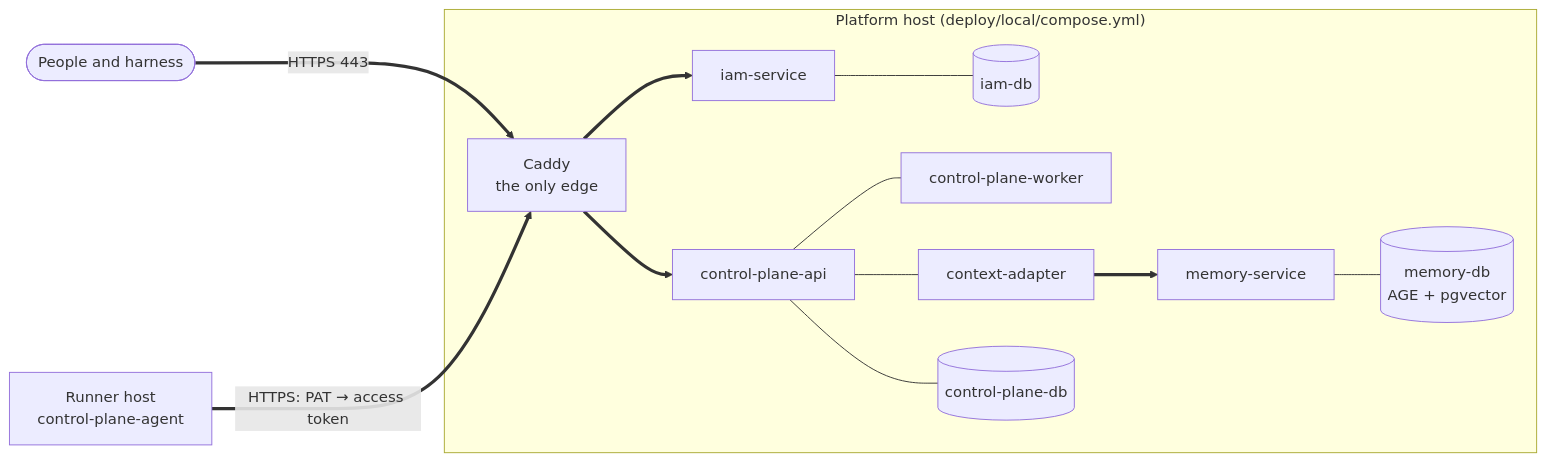
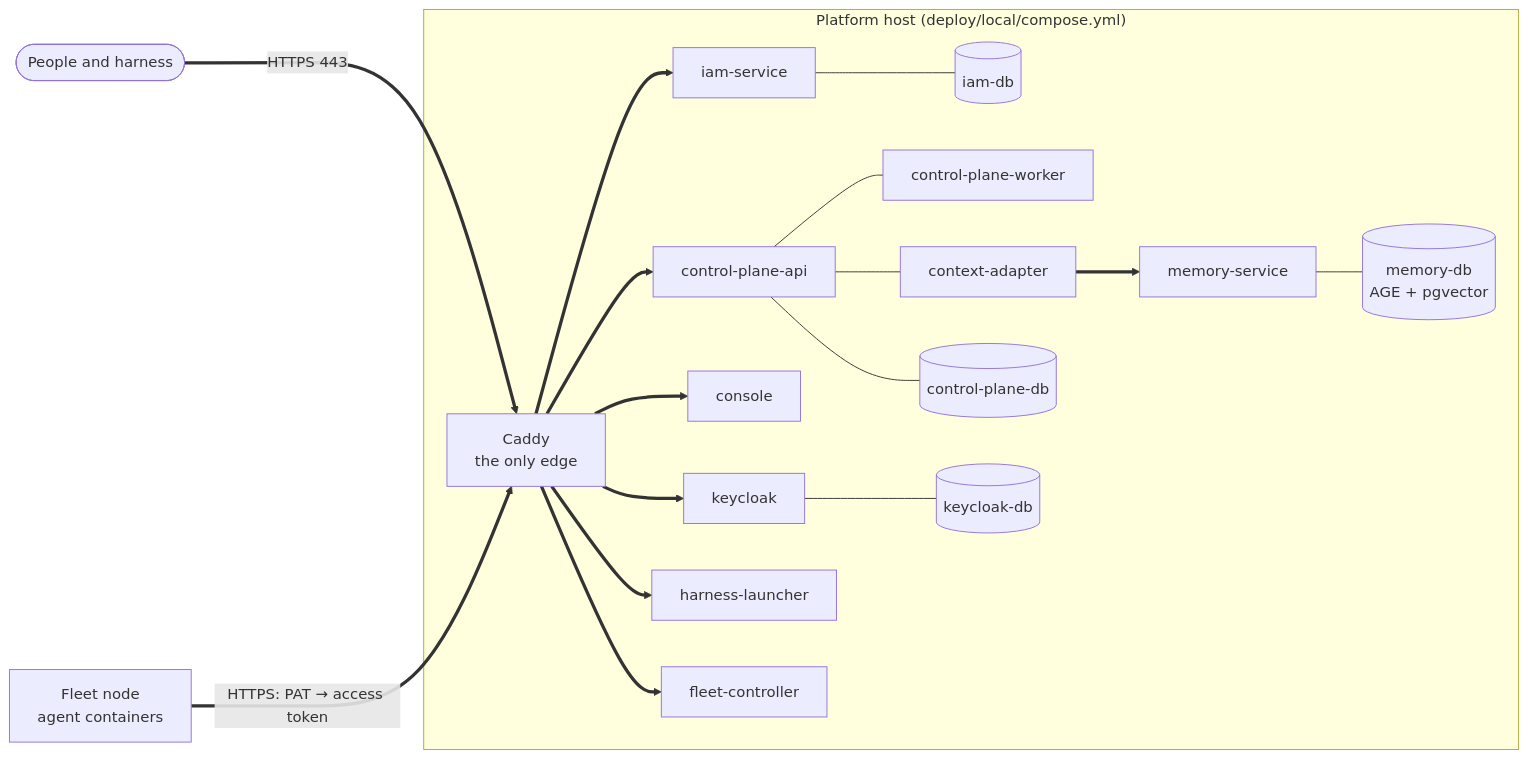
Before and after one commit to taimen-ai/taimen: the diagram in guide/docs/operations/index.md, drawn with Mermaid. The commit also changed other lines of this file and 123 other files, not shown here.

First line of the commit message:
guide: fleet, console, assistant and Keycloak sign-in in the public guide

````diff
--- a/guide/docs/operations/index.md
+++ b/guide/docs/operations/index.md
@@ -16,16 +16,21 @@
 ```mermaid
 flowchart LR
     user([People and harness]) ==>|HTTPS 443| caddy
     subgraph host["Platform host (deploy/local/compose.yml)"]
         caddy[Caddy<br/>the only edge]
         caddy ==> iam[iam-service]
         caddy ==> cp[control-plane-api]
+        caddy ==> con[console]
+        caddy ==> kc[keycloak]
+        caddy ==> hl[harness-launcher]
+        caddy ==> fc[fleet-controller]
+        kc --- kcdb[(keycloak-db)]
         cp --- worker[control-plane-worker]
         cp --- adapter[context-adapter]
         adapter ==> mem[memory-service]
         iam --- iamdb[(iam-db)]
         cp --- cpdb[(control-plane-db)]
         mem --- memdb[(memory-db<br/>AGE + pgvector)]
     end
-    runner[Runner host<br/>control-plane-agent] ==>|HTTPS: PAT → access token| caddy
+    runner[Fleet node<br/>agent containers] ==>|HTTPS: PAT → access token| caddy
 ```
````
